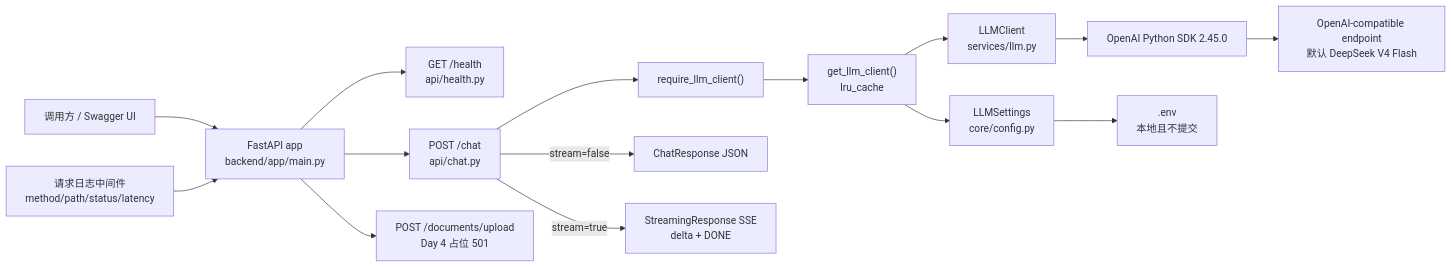
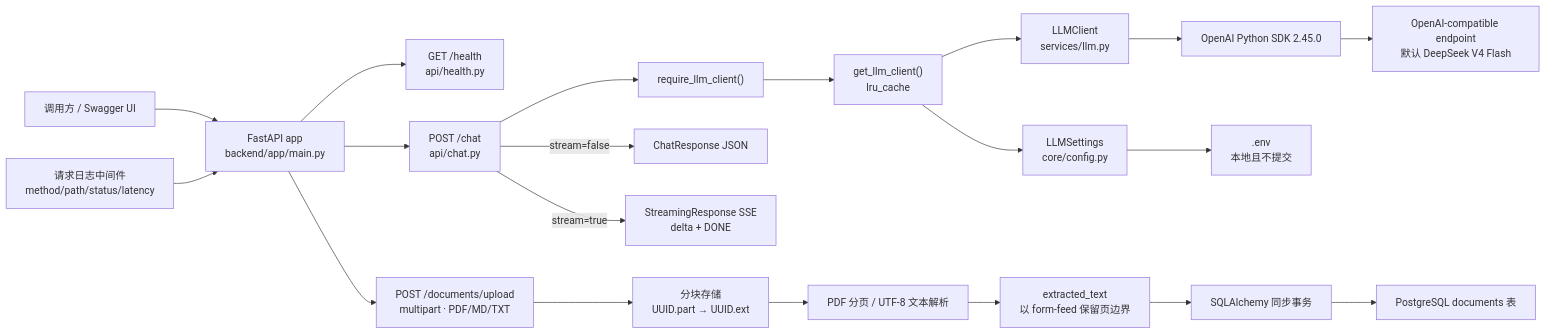
Before and after one commit to itysrw/rag-agent: the first of 2 diagrams in docs/architecture.md, drawn with Mermaid. The commit also changed other lines of this file and 24 other files, not shown here.

Commit message:
feat: complete Day 4 document upload

````diff
--- a/docs/architecture.md
+++ b/docs/architecture.md
@@ -9,21 +9,27 @@
 ```mermaid
 flowchart LR
     client["调用方 / Swagger UI"] --> api["FastAPI app\nbackend/app/main.py"]
 
     api --> health["GET /health\napi/health.py"]
     api --> chat["POST /chat\napi/chat.py"]
-    api --> upload["POST /documents/upload\nDay 4 占位 501"]
+    api --> upload["POST /documents/upload\nmultipart · PDF/MD/TXT"]
 
     chat --> dependency["require_llm_client()"]
     dependency --> cache["get_llm_client()\nlru_cache"]
     cache --> settings["LLMSettings\ncore/config.py"]
     cache --> llm["LLMClient\nservices/llm.py"]
     llm --> sdk["OpenAI Python SDK 2.45.0"]
     sdk --> provider["OpenAI-compatible endpoint\n默认 DeepSeek V4 Flash"]
 
     chat -->|"stream=false"| json["ChatResponse JSON"]
     chat -->|"stream=true"| sse["StreamingResponse SSE\ndelta + DONE"]
 
     settings --> env[".env\n本地且不提交"]
     middleware["请求日志中间件\nmethod/path/status/latency"] --> api
+
+    upload --> storage["分块存储\nUUID.part → UUID.ext"]
+    storage --> parser["PDF 分页 / UTF-8 文本解析"]
+    parser --> pages["extracted_text\n以 form-feed 保留页边界"]
+    pages --> session["SQLAlchemy 同步事务"]
+    session --> postgres["PostgreSQL documents 表"]
 ```
````
